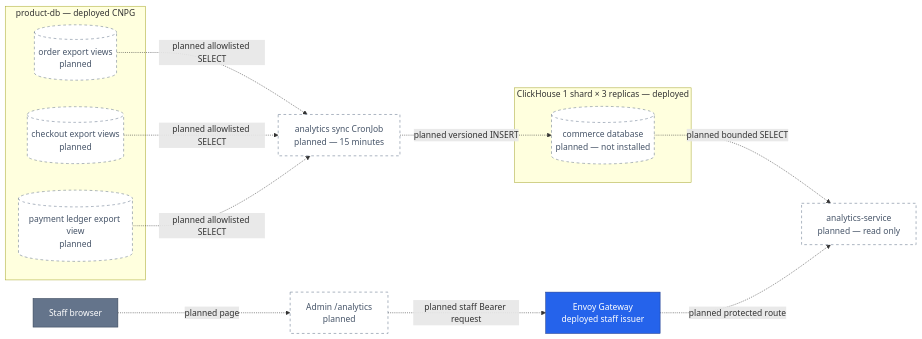
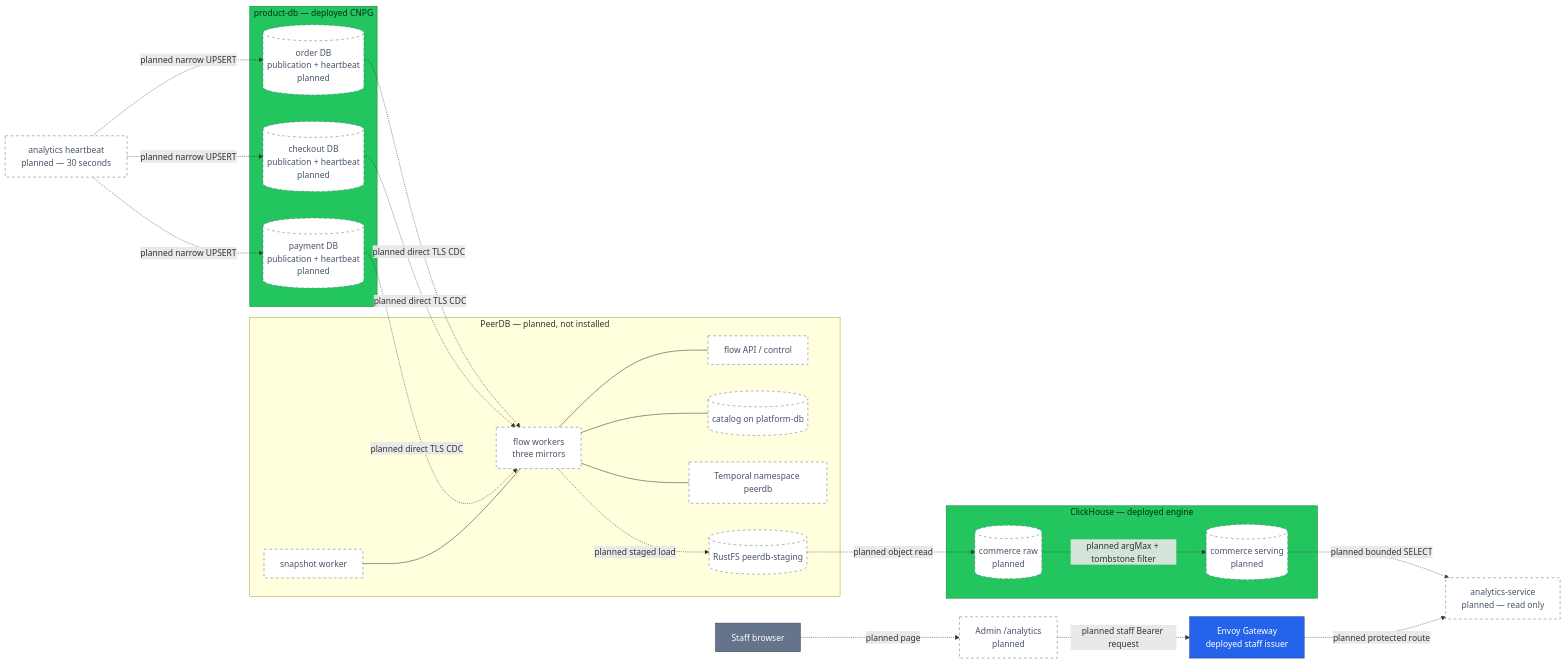
One commit to duyne-me/monitoring changed the first of 2 diagrams in docs/proposals/rfc/RFC-0030/README.md. Above: the diagram before and after it, drawn with Mermaid. The commit also changed other lines of this file and 3 other files, not shown here.

````diff
--- a/docs/proposals/rfc/RFC-0030/README.md
+++ b/docs/proposals/rfc/RFC-0030/README.md
@@ -156,37 +141,50 @@
 ```mermaid
 flowchart LR
   STAFF["Staff browser"]
   EDGE["Envoy Gateway<br/>deployed staff issuer"]
 
   subgraph PG["product-db — deployed CNPG"]
-    ORD[("order export views<br/>planned")]
-    CHECK[("checkout export views<br/>planned")]
-    PAY[("payment ledger export view<br/>planned")]
+    ORD[("order DB<br/>publication + heartbeat<br/>planned")]
+    CHECK[("checkout DB<br/>publication + heartbeat<br/>planned")]
+    PAY[("payment DB<br/>publication + heartbeat<br/>planned")]
   end
 
-  SYNC["analytics sync CronJob<br/>planned — 15 minutes"]
-
-  subgraph CH["ClickHouse 1 shard × 3 replicas — deployed"]
-    COM[("commerce database<br/>planned — not installed")]
+  subgraph PDB["PeerDB — planned, not installed"]
+    FLOW["flow workers<br/>three mirrors"]
+    SNAP["snapshot worker"]
+    APICTL["flow API / control"]
+    CAT[("catalog on platform-db")]
+    TEMP["Temporal namespace peerdb"]
+    STAGE[("RustFS peerdb-staging")]
   end
 
-  API["analytics-service<br/>planned — read only"]
+  subgraph CH["ClickHouse — deployed engine"]
+    RAW[("commerce raw<br/>planned")]
+    SERVE[("commerce serving<br/>planned")]
+  end
+
+  HEART["analytics heartbeat<br/>planned — 30 seconds"]
+  ANA["analytics-service<br/>planned — read only"]
   PAGE["Admin /analytics<br/>planned"]
 
-  ORD & CHECK & PAY -.->|"planned allowlisted SELECT"| SYNC
-  SYNC -.->|"planned versioned INSERT"| COM
-  COM -.->|"planned bounded SELECT"| API
+  HEART -.->|"planned narrow UPSERT"| ORD & CHECK & PAY
+  ORD & CHECK & PAY -.->|"planned direct TLS CDC"| FLOW
+  SNAP --- FLOW
+  FLOW --- APICTL & CAT & TEMP
+  FLOW -.->|"planned staged load"| STAGE
+  STAGE -.->|"planned object read"| RAW
+  RAW -.->|"planned argMax + tombstone filter"| SERVE
+  SERVE -.->|"planned bounded SELECT"| ANA
   STAFF -.->|"planned page"| PAGE
   PAGE -.->|"planned staff Bearer request"| EDGE
-  EDGE -.->|"planned protected route"| API
+  EDGE -.->|"planned protected route"| ANA
 
   classDef edge fill:#2563eb,color:#fff,stroke:#1e3a8a;
-  classDef service fill:#06b6d4,color:#082f49,stroke:#0e7490;
-  classDef worker fill:#f59e0b,color:#451a03,stroke:#b45309;
   classDef data fill:#22c55e,color:#052e16,stroke:#15803d;
   classDef external fill:#64748b,color:#fff,stroke:#334155;
   classDef planned fill:#fff,color:#475569,stroke:#64748b,stroke-dasharray:5 5;
   class STAFF external;
   class EDGE edge;
-  class ORD,CHECK,PAY,SYNC,COM,API,PAGE planned;
+  class PG,CH data;
+  class ORD,CHECK,PAY,FLOW,SNAP,APICTL,CAT,TEMP,STAGE,RAW,SERVE,HEART,ANA,PAGE planned;
 ```
````
